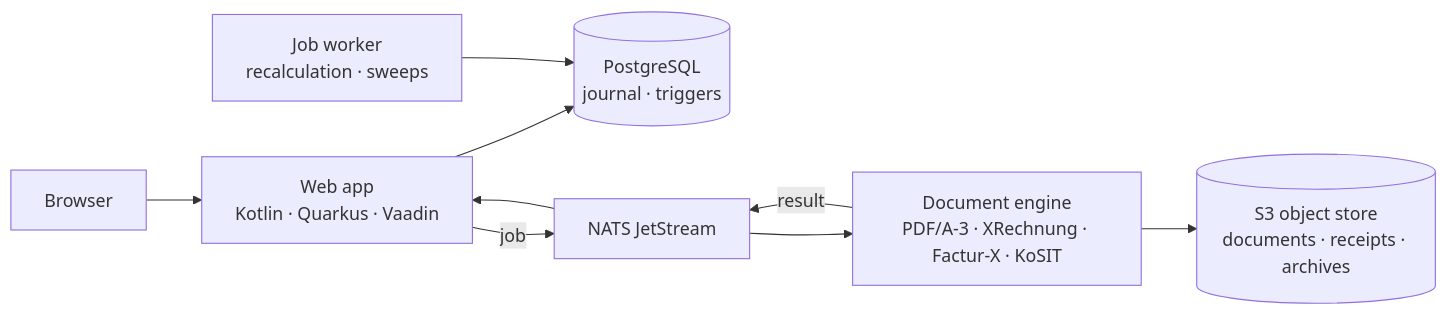
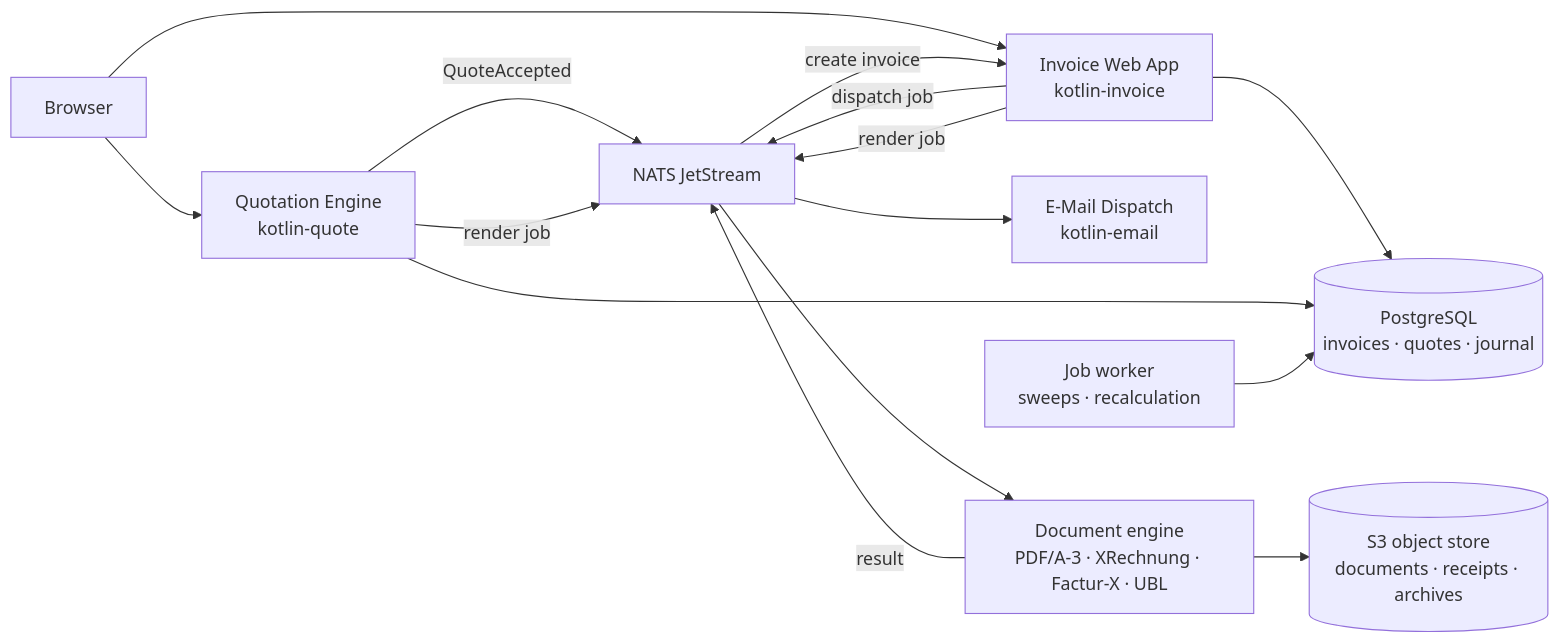
One commit to Little-Trotter/.github changed the diagram in profile/README.md. Above: the diagram before and after it, drawn with Mermaid. The commit also changed other lines of this file and 1 other file, not shown here.

Commit message:
docs(architecture): update Under the hood mermaid diagram with SCS and lead with Quotation Engine

````diff
--- a/profile/README.md
+++ b/profile/README.md
@@ -69,10 +69,21 @@
 ```mermaid
 flowchart LR
-    U[Browser] --> A[Web app<br/>Kotlin · Quarkus · Vaadin]
-    A --> P[(PostgreSQL<br/>journal · triggers)]
-    A -- job --> N[NATS JetStream]
-    N --> X[Document engine<br/>PDF/A-3 · XRechnung · Factur-X · KoSIT]
+    U[Browser] --> Q[Quotation Engine<br/>kotlin-quote]
+    U --> A[Invoice Web App<br/>kotlin-invoice]
+
+    Q -- QuoteAccepted --> N[NATS JetStream]
+    N -- create invoice --> A
+
+    A -- dispatch job --> N
+    N --> E[E-Mail Dispatch<br/>kotlin-email]
+
+    A --> P[(PostgreSQL<br/>invoices · quotes · journal)]
+    Q --> P
+
+    A -- render job --> N
+    Q -- render job --> N
+    N --> X[Document engine<br/>PDF/A-3 · XRechnung · Factur-X · UBL]
     X --> S[(S3 object store<br/>documents · receipts · archives)]
-    X -- result --> N --> A
-    W[Job worker<br/>recalculation · sweeps] --> P
+    X -- result --> N
+    W[Job worker<br/>sweeps · recalculation] --> P
 ```
````
